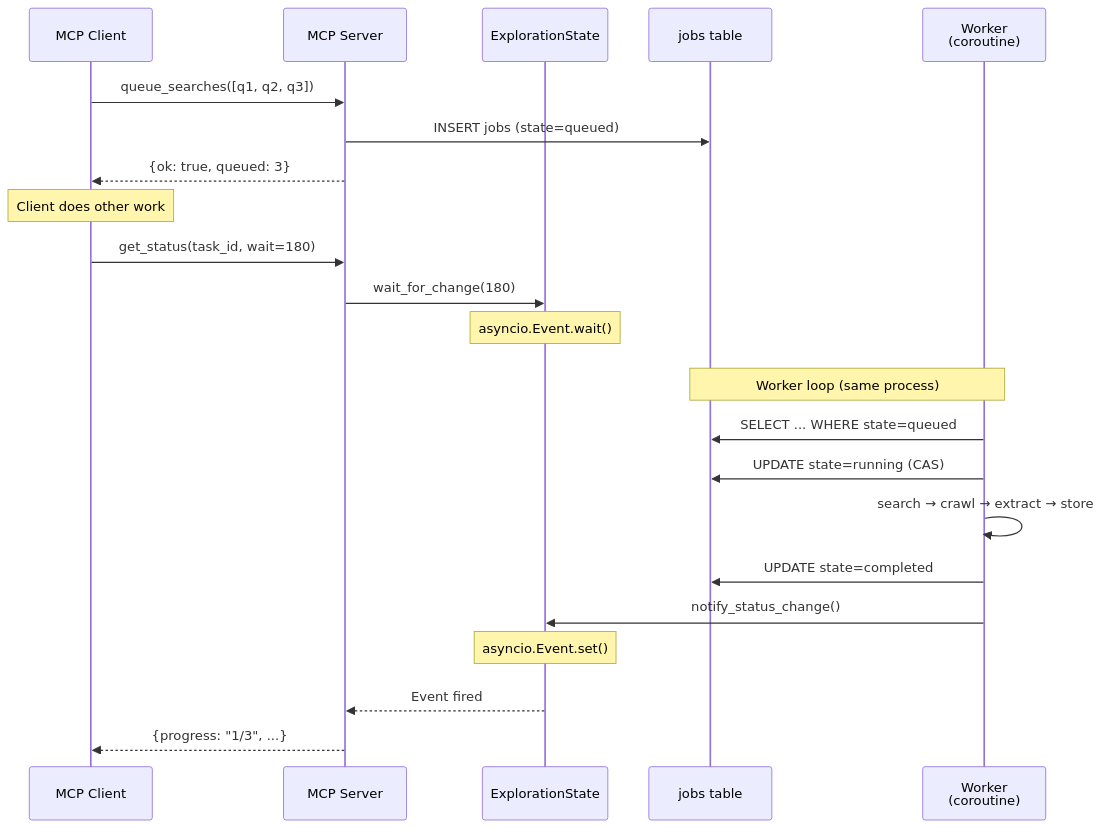
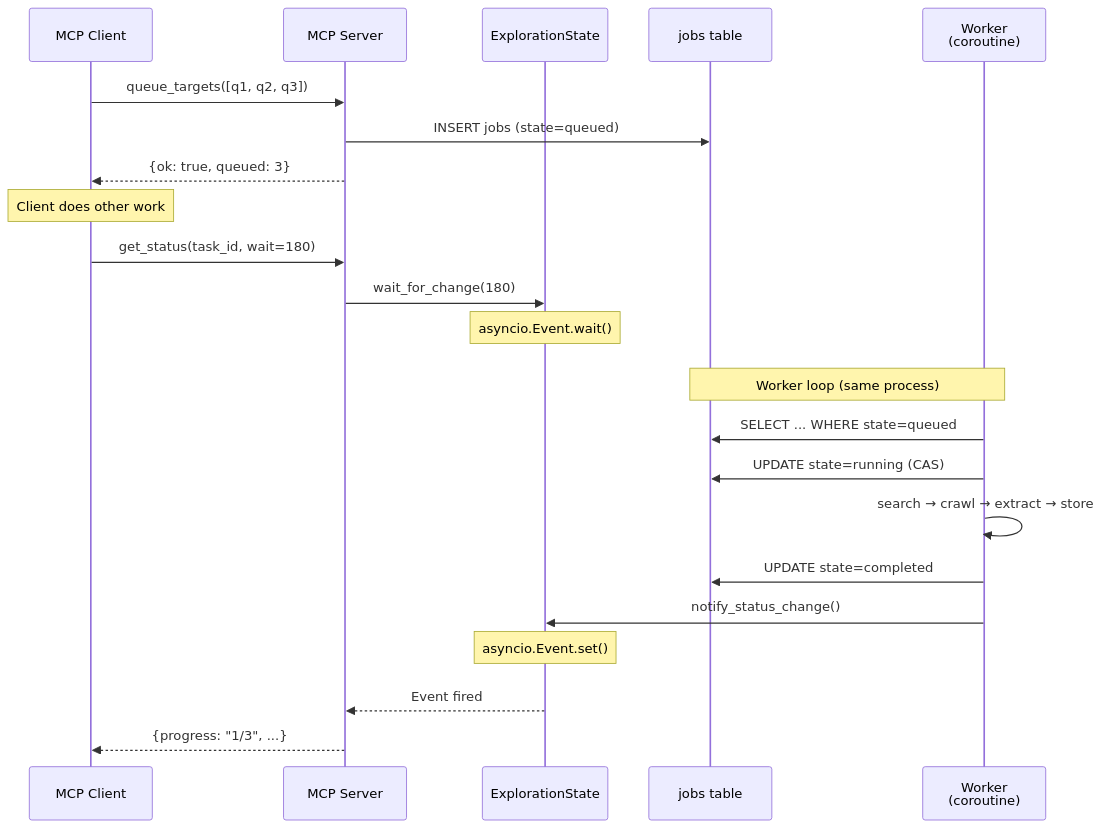
One commit to k-shibuki/lyra changed the first of 3 diagrams in docs/adr/0010-async-search-queue.md. Above: the diagram before and after it, drawn with Mermaid. The commit also changed other lines of this file and 12 other files, not shown here.

````diff
--- a/docs/adr/0010-async-search-queue.md
+++ b/docs/adr/0010-async-search-queue.md
@@ -43,31 +43,31 @@
 ```mermaid
 sequenceDiagram
     participant C as MCP Client
     participant M as MCP Server
     participant S as ExplorationState
     participant DB as jobs table
     participant W as Worker<br/>(coroutine)
 
-    C->>M: queue_searches([q1, q2, q3])
+    C->>M: queue_targets([q1, q2, q3])
     M->>DB: INSERT jobs (state=queued)
     M-->>C: {ok: true, queued: 3}
 
     Note over C: Client does other work
 
     C->>M: get_status(task_id, wait=180)
     M->>S: wait_for_change(180)
     Note over S: asyncio.Event.wait()
 
     rect rgba(0, 0, 0, 0)
         Note over W,DB: Worker loop (same process)
         W->>DB: SELECT ... WHERE state=queued
         W->>DB: UPDATE state=running (CAS)
         W->>W: search → crawl → extract → store
         W->>DB: UPDATE state=completed
         W->>S: notify_status_change()
         Note over S: asyncio.Event.set()
     end
 
     S-->>M: Event fired
     M-->>C: {progress: "1/3", ...}
 ```
````
